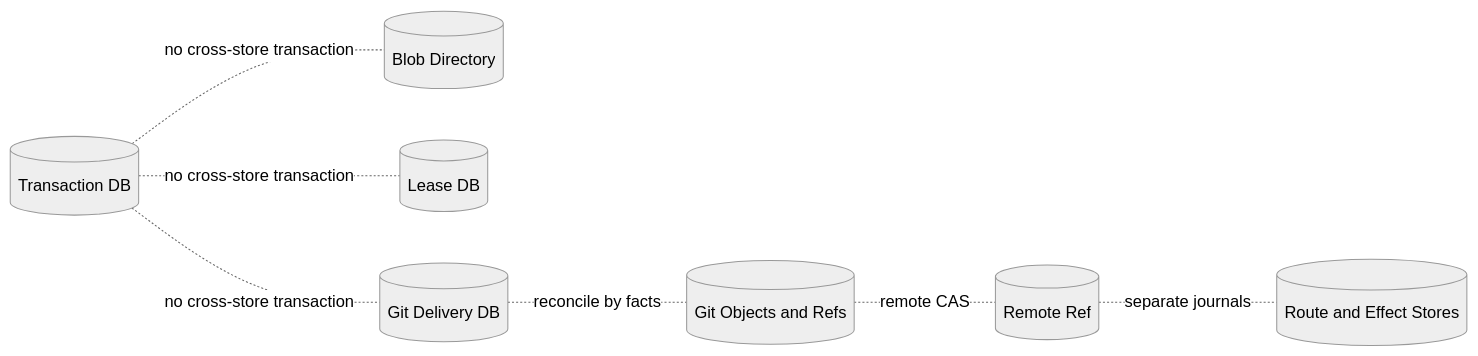
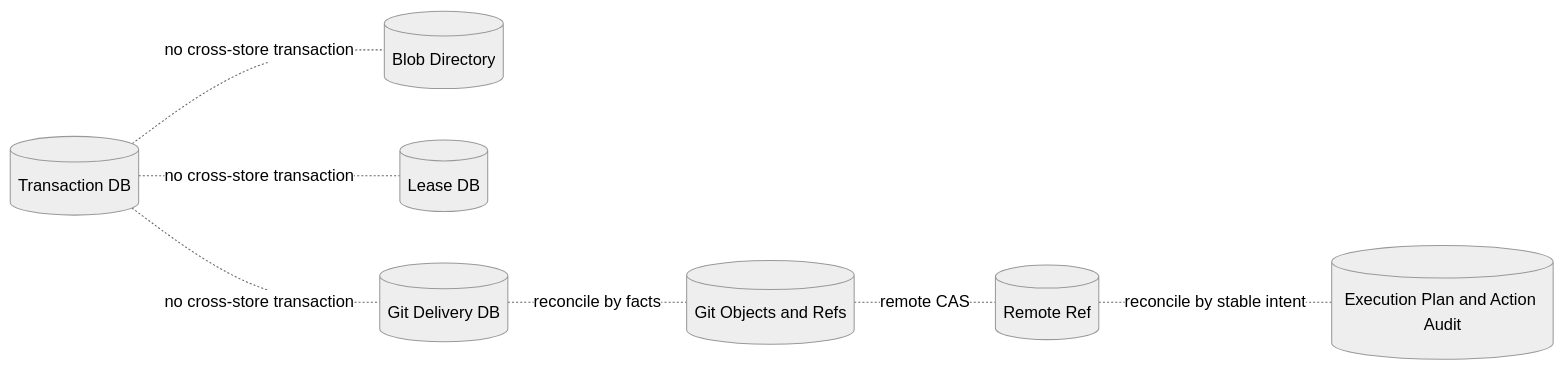
Before and after one commit to carrie1988/Harnessix: diagram 18 of 18 in docs/modules/delivery.md, drawn with Mermaid (neutral theme). The commit also changed other lines of this file and 16 other files, not shown here.

````diff
--- a/docs/modules/delivery.md
+++ b/docs/modules/delivery.md
@@ -1053,9 +1051,9 @@
 ```mermaid
 flowchart LR
     Tx[(Transaction DB)] -. no cross-store transaction .- Blob[(Blob Directory)]
     Tx -. no cross-store transaction .- Lease[(Lease DB)]
     Tx -. no cross-store transaction .- GitDB[(Git Delivery DB)]
     GitDB -. reconcile by facts .- GitFS[(Git Objects and Refs)]
     GitFS -. remote CAS .- Remote[(Remote Ref)]
-    Remote -. separate journals .- Action[(Route and Effect Stores)]
+    Remote -. reconcile by stable intent .- Action[(Execution Plan and Action Audit)]
 ```
````
